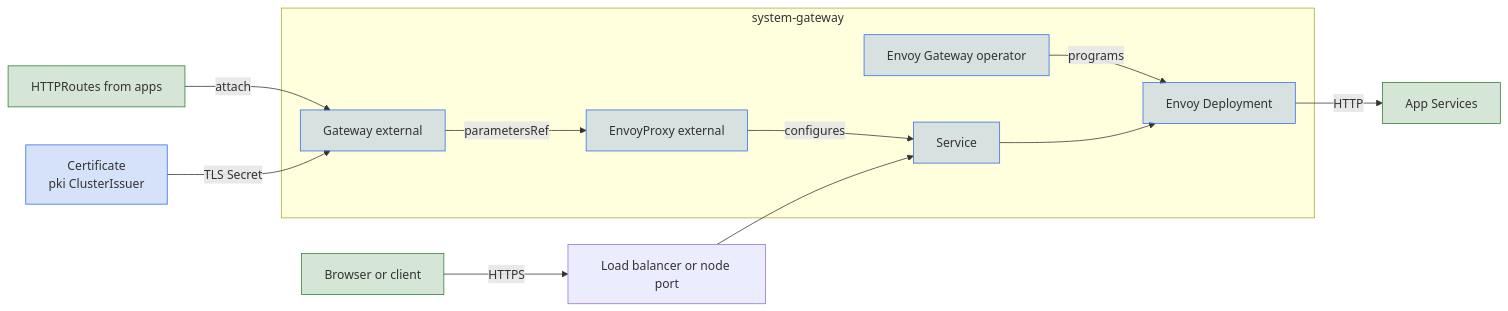
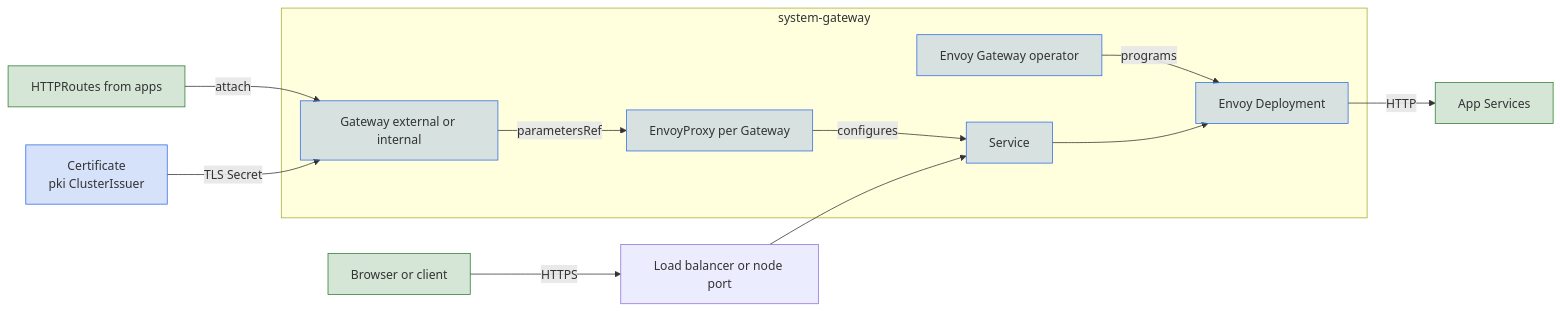
Before and after one commit to windsorcli/core: the diagram in docs/guides/gateway/envoy.md, drawn with Mermaid. The commit also changed other lines of this file and 8 other files, not shown here.

Commit message:
docs(guides): cover the external/internal gateways, dns.public_zone and pki.public_issuer

````diff
--- a/docs/guides/gateway/envoy.md
+++ b/docs/guides/gateway/envoy.md
@@ -51,30 +51,30 @@
 ```mermaid
 flowchart LR
   client[Browser or client]
   routes[HTTPRoutes from apps]
   cert[Certificate<br/>pki ClusterIssuer]
 
   subgraph systemgateway[system-gateway]
     operator[Envoy Gateway operator]
-    gateway[Gateway external]
-    proxy_cr[EnvoyProxy external]
+    gateway[Gateway external or internal]
+    proxy_cr[EnvoyProxy per Gateway]
     envoy[Envoy Deployment]
     svc[Service]
   end
 
   lb[Load balancer or node port]
   apps[App Services]
 
   operator -->|programs| envoy
   gateway -->|parametersRef| proxy_cr
   proxy_cr -->|configures| svc
   routes -->|attach| gateway
   cert -->|TLS Secret| gateway
   client -->|HTTPS| lb
   lb --> svc --> envoy
   envoy -->|HTTP| apps
   classDef app fill:#2E7D3233,stroke:#2E7D32
   classDef k8s fill:#326CE533,stroke:#326CE5
   class client,routes,apps app
   class cert,operator,gateway,proxy_cr,envoy,svc k8s
 ```
````
